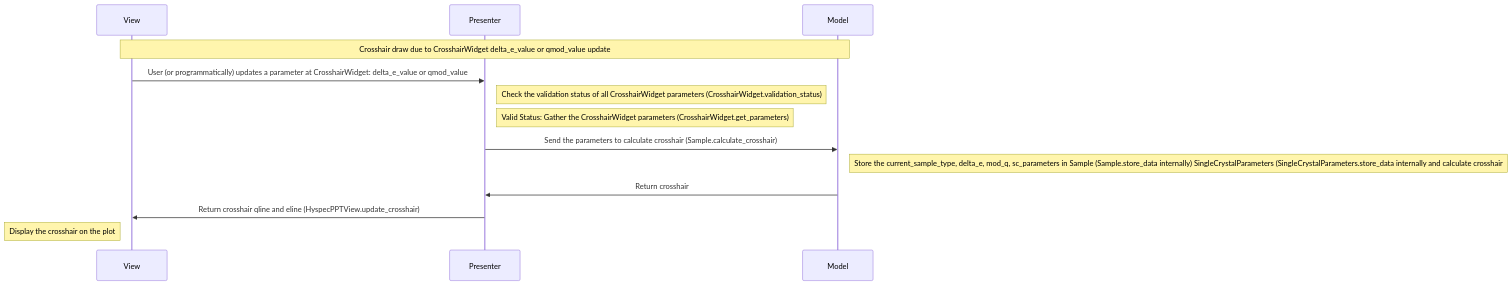
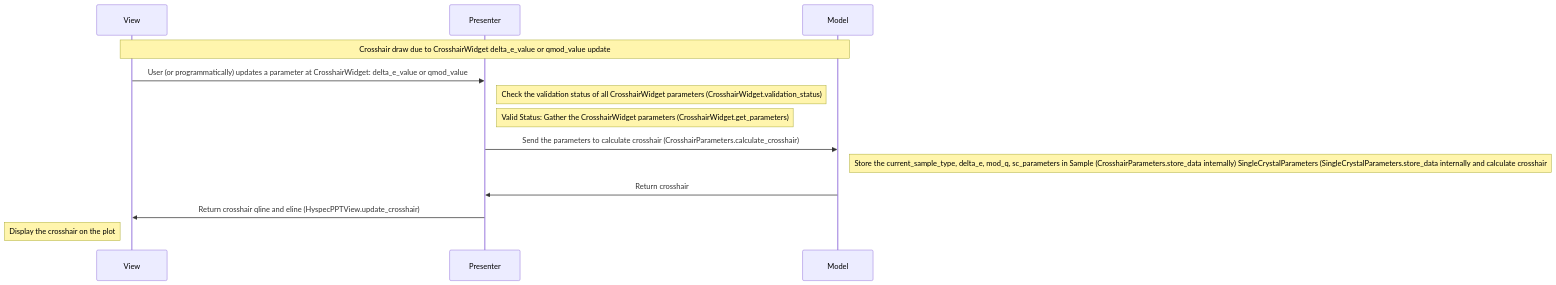
One commit to neutrons/hyspecppt changed the eighth of 12 diagrams in docs/source/design/hyspecpptclasses.rst. Above: the diagram before and after it, drawn with Mermaid. The commit also changed other lines of this file, not shown here.

```diff
--- a/docs/source/design/hyspecpptclasses.rst
+++ b/docs/source/design/hyspecpptclasses.rst
@@ -522,16 +499,16 @@
     .. mermaid::
 
         sequenceDiagram
             participant View
             participant Presenter
             participant Model
 
             Note over View,Model: Crosshair draw due to CrosshairWidget delta_e_value or qmod_value update
             View->>Presenter: User (or programmatically) updates a parameter at CrosshairWidget: delta_e_value or qmod_value
             Note right of Presenter: Check the validation status of all CrosshairWidget parameters (CrosshairWidget.validation_status)
             Note right of Presenter: Valid Status: Gather the CrosshairWidget parameters (CrosshairWidget.get_parameters)
-            Presenter->>Model: Send the parameters to calculate crosshair (Sample.calculate_crosshair)
-            Note right of Model: Store the current_sample_type, delta_e, mod_q, sc_parameters in Sample (Sample.store_data internally) SingleCrystalParameters (SingleCrystalParameters.store_data internally and calculate crosshair
+            Presenter->>Model: Send the parameters to calculate crosshair (CrosshairParameters.calculate_crosshair)
+            Note right of Model: Store the current_sample_type, delta_e, mod_q, sc_parameters in Sample (CrosshairParameters.store_data internally) SingleCrystalParameters (SingleCrystalParameters.store_data internally and calculate crosshair
             Model->>Presenter: Return crosshair
             Presenter->>View: Return crosshair qline and eline (HyspecPPTView.update_crosshair)
             Note left of View: Display the crosshair on the plot
```
